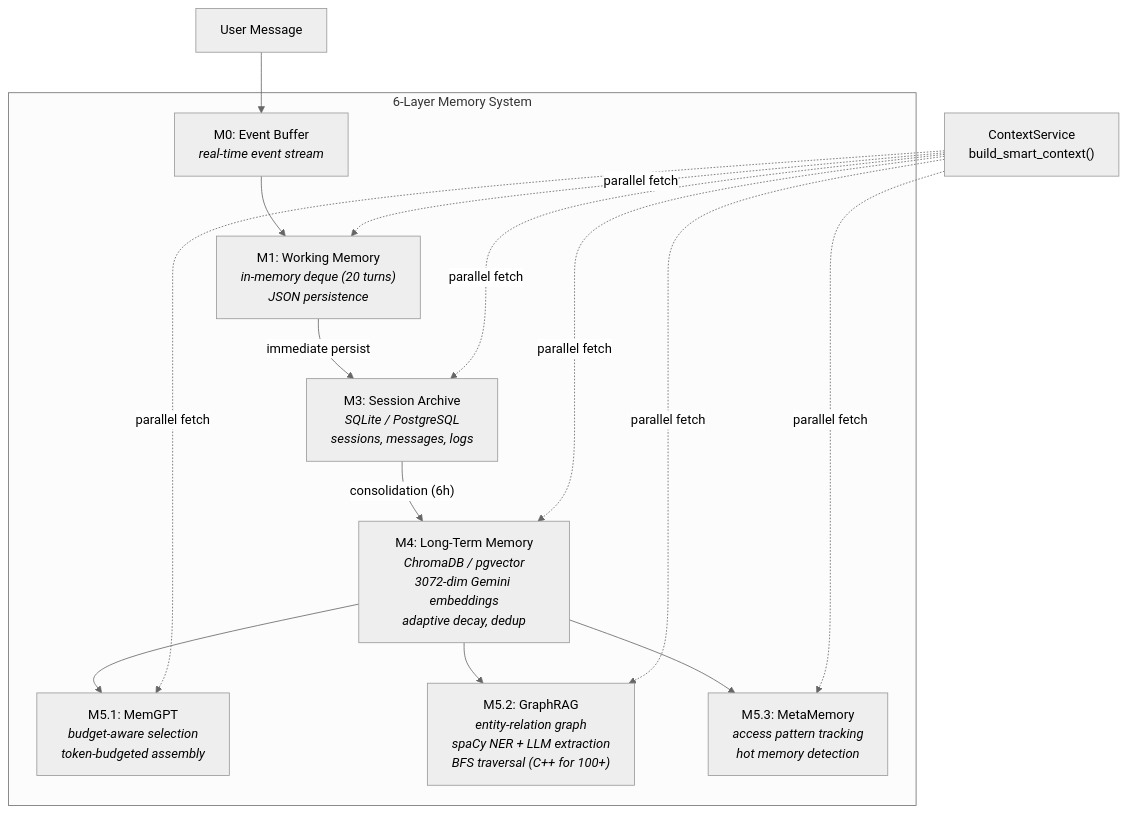
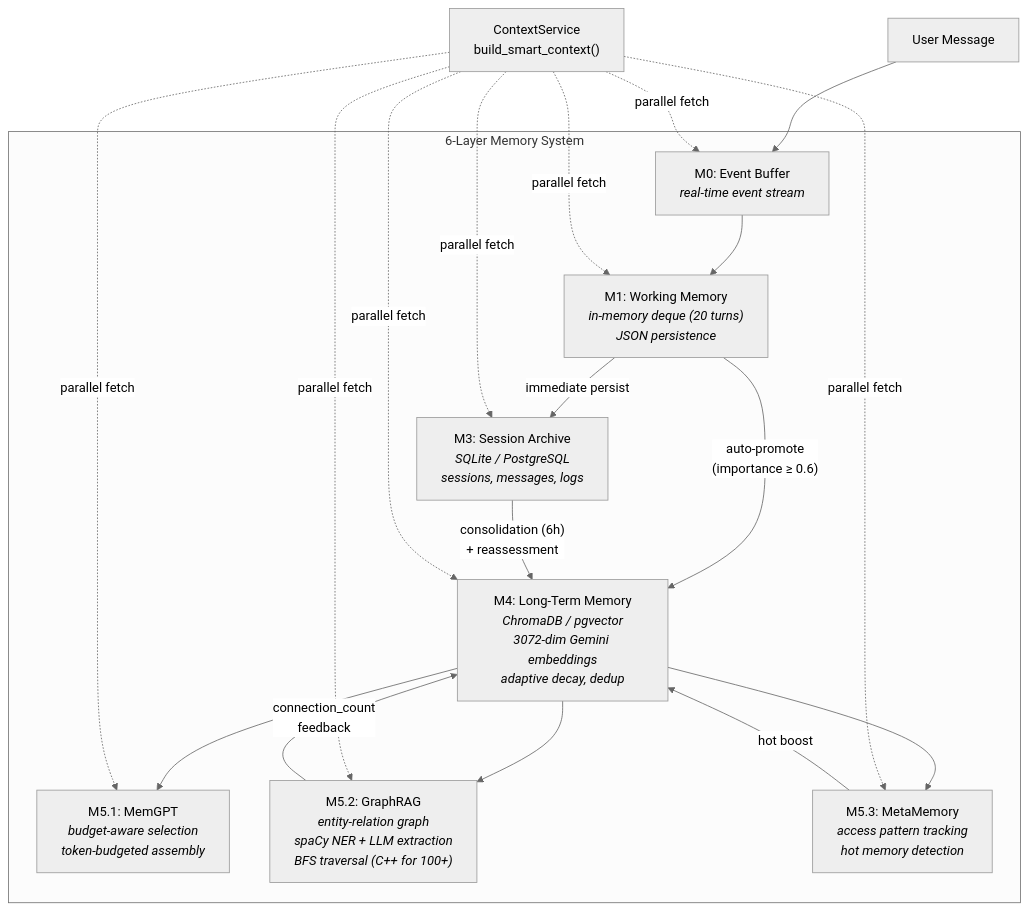
One commit to NorthProt-Inc/axel-backend changed the third of 6 diagrams in README.md. Above: the diagram before and after it, drawn with Mermaid (neutral theme). The commit also changed other lines of this file, not shown here.

````diff
--- a/README.md
+++ b/README.md
@@ -174,24 +184,27 @@
 ```mermaid
 graph TB
     Input["User Message"] --> M0
 
     subgraph Memory["6-Layer Memory System"]
         M0["M0: Event Buffer<br/><i>real-time event stream</i>"]
         M1["M1: Working Memory<br/><i>in-memory deque (20 turns)</i><br/><i>JSON persistence</i>"]
         M3["M3: Session Archive<br/><i>SQLite / PostgreSQL</i><br/><i>sessions, messages, logs</i>"]
         M4["M4: Long-Term Memory<br/><i>ChromaDB / pgvector</i><br/><i>3072-dim Gemini embeddings</i><br/><i>adaptive decay, dedup</i>"]
 
         M51["M5.1: MemGPT<br/><i>budget-aware selection</i><br/><i>token-budgeted assembly</i>"]
         M52["M5.2: GraphRAG<br/><i>entity-relation graph</i><br/><i>spaCy NER + LLM extraction</i><br/><i>BFS traversal (C++ for 100+)</i>"]
         M53["M5.3: MetaMemory<br/><i>access pattern tracking</i><br/><i>hot memory detection</i>"]
     end
 
     M0 --> M1
     M1 -->|"immediate persist"| M3
-    M3 -->|"consolidation (6h)"| M4
+    M1 -->|"auto-promote<br/>(importance ≥ 0.6)"| M4
+    M3 -->|"consolidation (6h)<br/>+ reassessment"| M4
     M4 --> M51
     M4 --> M52
     M4 --> M53
+    M52 -->|"connection_count<br/>feedback"| M4
+    M53 -->|"hot boost"| M4
 
-    Context["ContextService<br/>build_smart_context()"] -.->|"parallel fetch"| M1 & M3 & M4 & M51 & M52 & M53
+    Context["ContextService<br/>build_smart_context()"] -.->|"parallel fetch"| M0 & M1 & M3 & M4 & M51 & M52 & M53
 ```
````
